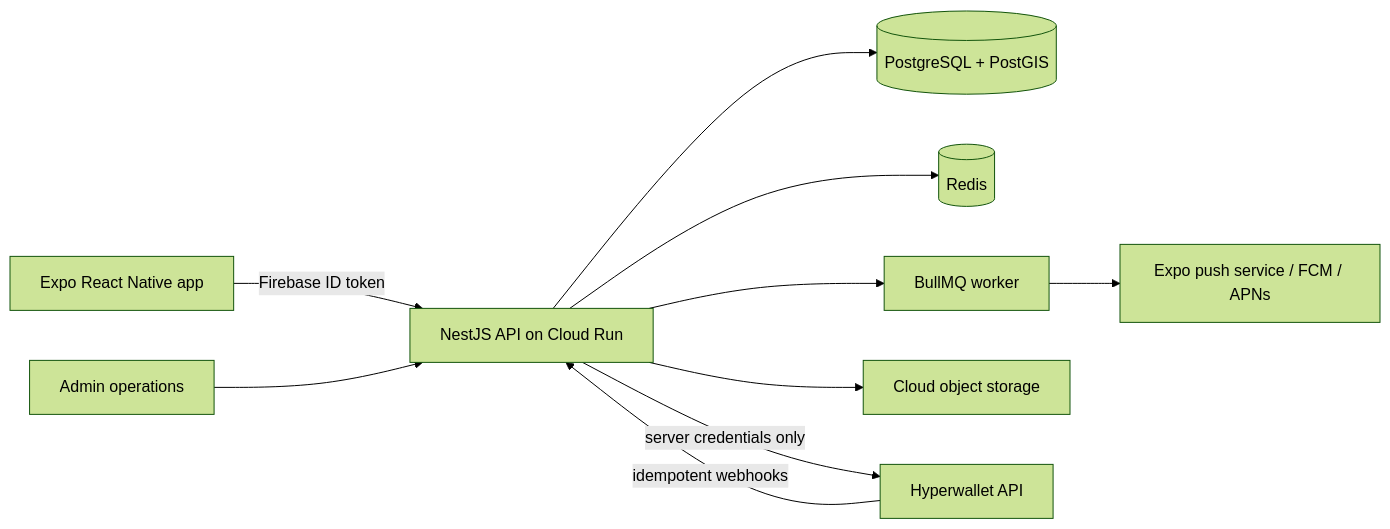
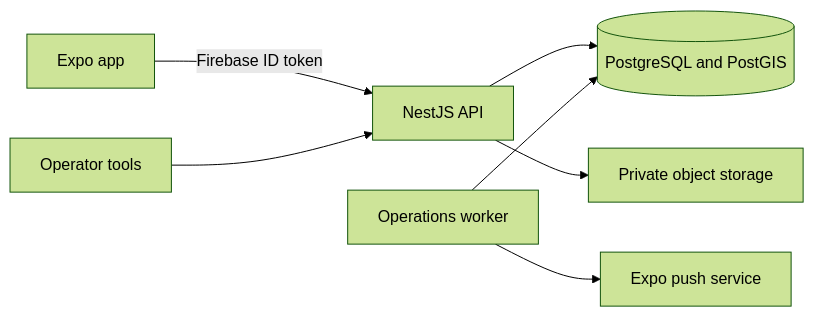
One commit to GoGymGo/Platform changed the diagram in mobile-app/docs/backend-handoff-architecture.md. Above: the diagram before and after it, drawn with Mermaid (forest theme). The commit also changed other lines of this file and 287 other files, not shown here.

Commit message:
Prepare complete mobile and backend product flows

````diff
--- a/mobile-app/docs/backend-handoff-architecture.md
+++ b/mobile-app/docs/backend-handoff-architecture.md
@@ -11,12 +12,9 @@
 ```mermaid
 flowchart LR
-    A[Expo React Native app] -->|Firebase ID token| B[NestJS API on Cloud Run]
-    B --> C[(PostgreSQL + PostGIS)]
-    B --> D[(Redis)]
-    B --> E[BullMQ worker]
-    B --> F[Cloud object storage]
-    B -->|server credentials only| G[Hyperwallet API]
-    G -->|idempotent webhooks| B
-    E --> H[Expo push service / FCM / APNs]
-    I[Admin operations] --> B
+  App[Expo app] -->|Firebase ID token| API[NestJS API]
+  API --> DB[(PostgreSQL and PostGIS)]
+  API --> Storage[Private object storage]
+  Worker[Operations worker] --> DB
+  Worker --> Push[Expo push service]
+  Admin[Operator tools] --> API
 ```
````
